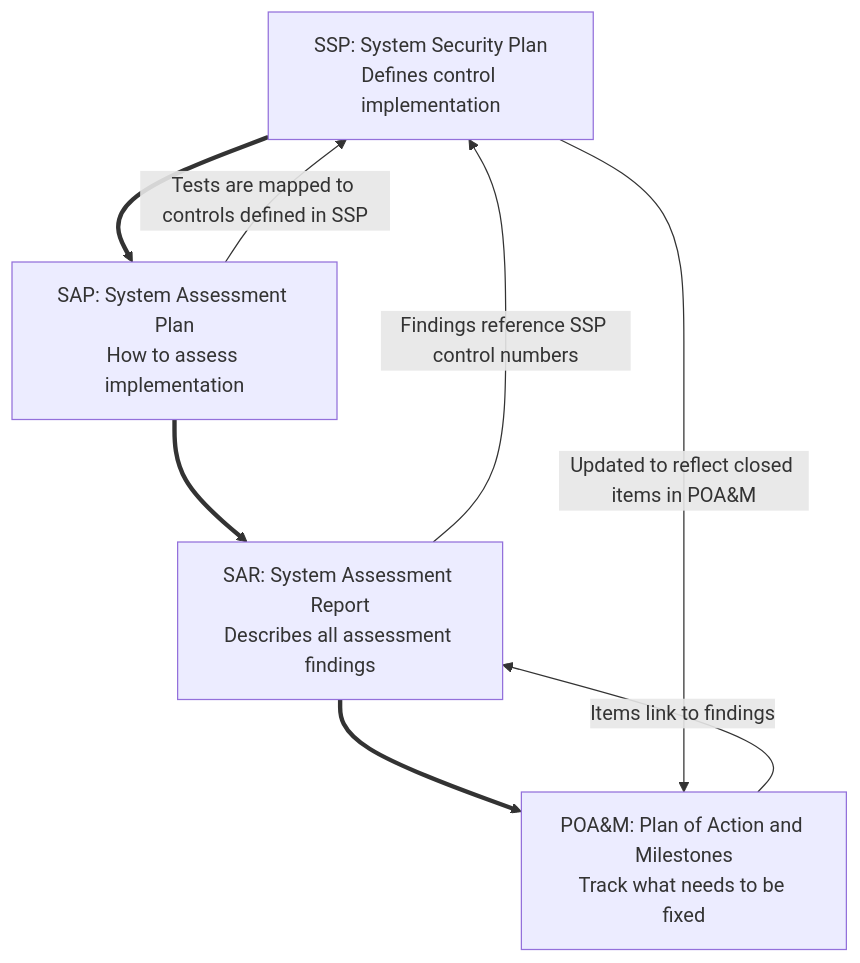
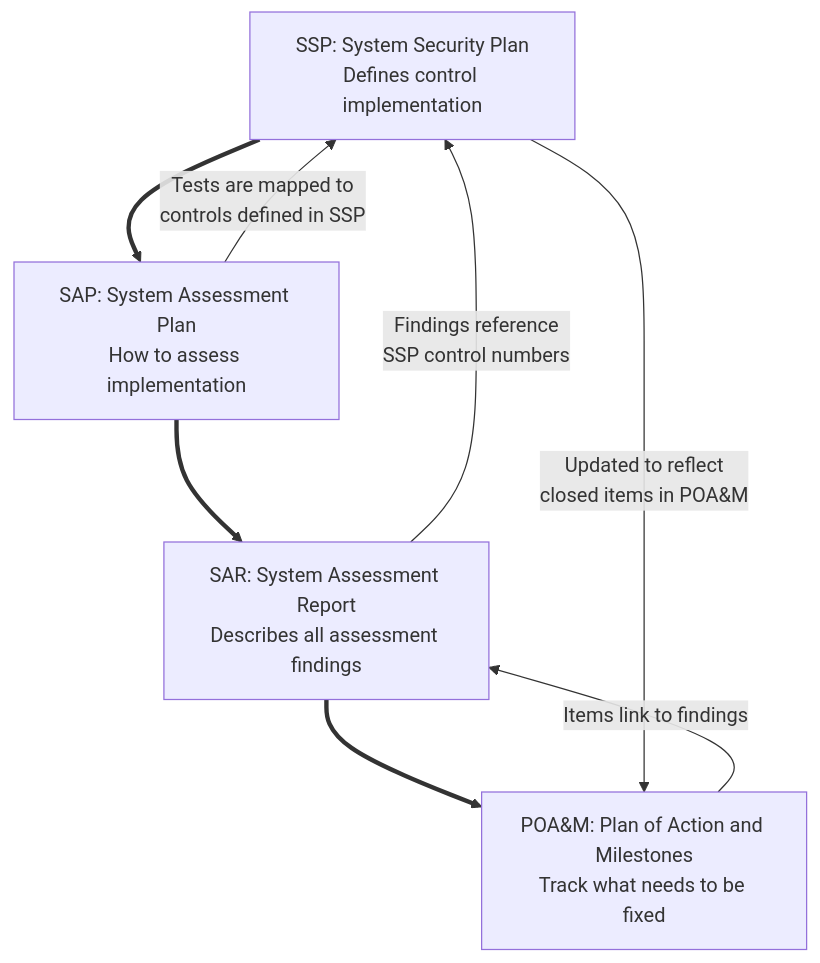
The diagram in src/site/notes/Frameworks, Standards, and Regulations/NIST/NIST Frameworks and SPs Overview.md (WiseGuru/MaxwellCTI), drawn with Mermaid before and after one commit. The commit also changed 2 other files, not shown here.

Commit message:
Published multiple files

````diff
--- a/src/site/notes/Frameworks, Standards, and Regulations/NIST/NIST Frameworks and SPs Overview.md
+++ b/src/site/notes/Frameworks, Standards, and Regulations/NIST/NIST Frameworks and SPs Overview.md
@@ -65,14 +65,17 @@
 ```mermaid
 flowchart TD
 A["SSP: System Security Plan
 Defines control implementation"] ==> B[SAP: System Assessment Plan
 How to assess implementation]
 B ==> C[SAR: System Assessment Report
 Describes all assessment findings]
 C ==> D[POA&M: Plan of Action and Milestones
 Track what needs to be fixed]
-C -->|Findings reference SSP control numbers| A
+C -->|Findings reference
+SSP control numbers| A
 D -->|Items link to findings| C
-A -->|Updated to reflect closed items in POA&M| D
-B -->|Tests are mapped to controls defined in SSP| A
+A -->|Updated to reflect
+closed items in POA&M| D
+B -->|Tests are mapped to
+controls defined in SSP| A
 ```
````
